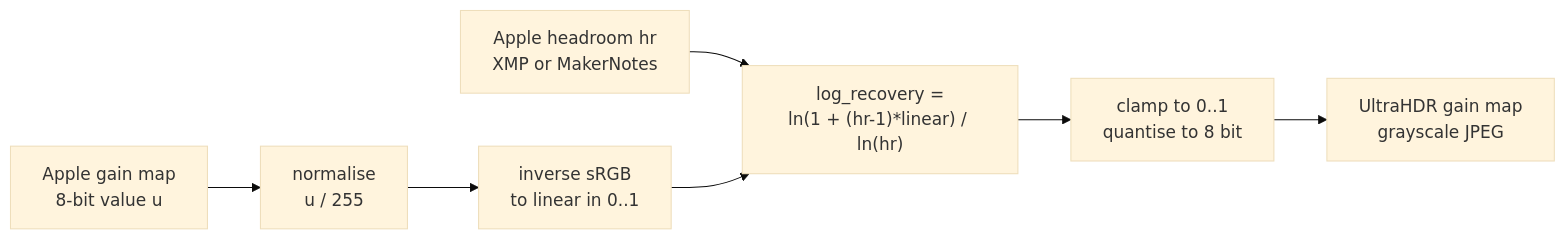
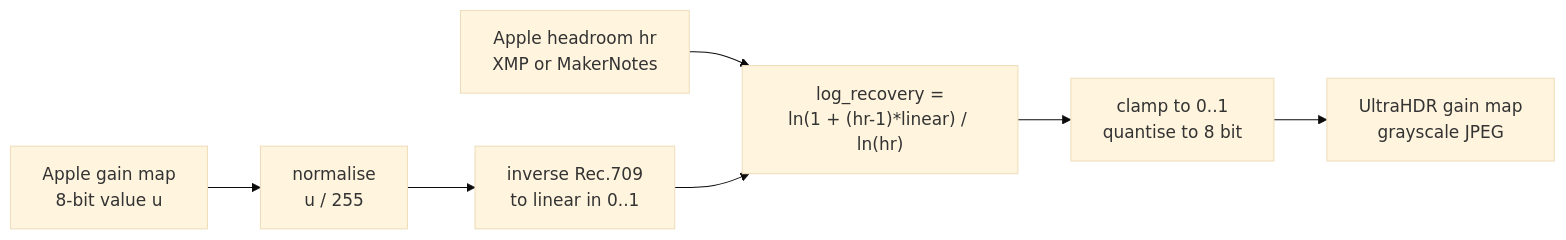
Before and after one commit to W0n9/heic2ultrahdr: the second of 2 diagrams in README.md, drawn with Mermaid (base theme). The commit also changed other lines of this file and 3 other files, not shown here.

````diff
--- a/README.md
+++ b/README.md
@@ -223,9 +223,9 @@
 ```mermaid
 flowchart LR
     U["Apple gain map<br/>8-bit value u"] --> N["normalise<br/>u / 255"]
-    N --> L["inverse sRGB<br/>to linear in 0..1"]
+    N --> L["inverse Rec.709<br/>to linear in 0..1"]
     HR["Apple headroom hr<br/>XMP or MakerNotes"] --> R
     L --> R["log_recovery =<br/>ln(1 + (hr-1)*linear) / ln(hr)"]
     R --> Q["clamp to 0..1<br/>quantise to 8 bit"]
     Q --> G["UltraHDR gain map<br/>grayscale JPEG"]
 ```
````
